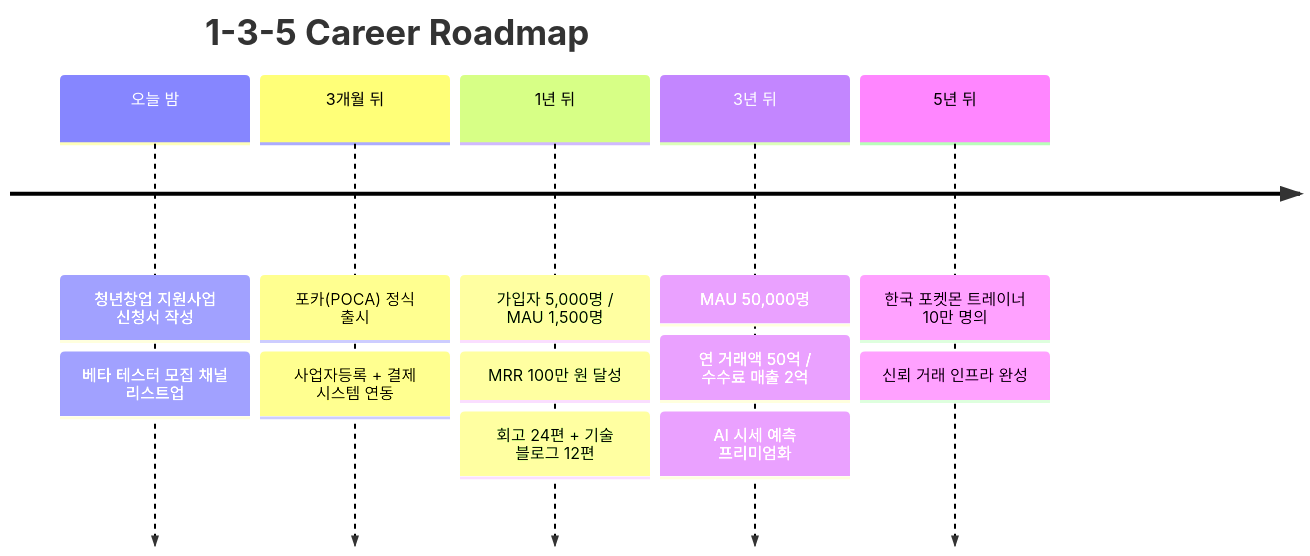
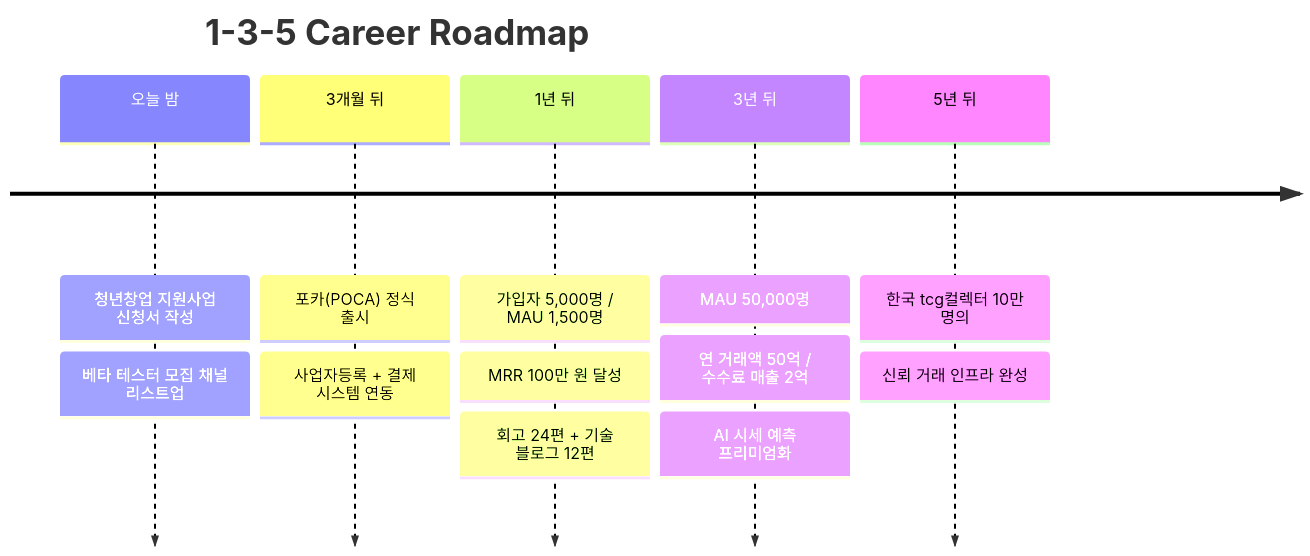
One commit to dddz223/dddz223 changed the diagram in README.md. Above: the diagram before and after it, drawn with Mermaid. The commit also changed other lines of this file, not shown here.

````diff
--- a/README.md
+++ b/README.md
@@ -13,16 +13,16 @@
 ```mermaid
 timeline
     title 1-3-5 Career Roadmap
     오늘 밤    : 청년창업 지원사업 신청서 작성
               : 베타 테스터 모집 채널 리스트업
     3개월 뒤   : 포카(POCA) 정식 출시
               : 사업자등록 + 결제 시스템 연동
     1년 뒤     : 가입자 5,000명 / MAU 1,500명
               : MRR 100만 원 달성
               : 회고 24편 + 기술 블로그 12편
     3년 뒤     : MAU 50,000명
               : 연 거래액 50억 / 수수료 매출 2억
               : AI 시세 예측 프리미엄화
-    5년 뒤     : 한국 포켓몬 트레이너 10만 명의
+    5년 뒤     : 한국 tcg컬렉터 10만 명의
               : 신뢰 거래 인프라 완성
 ```
````
